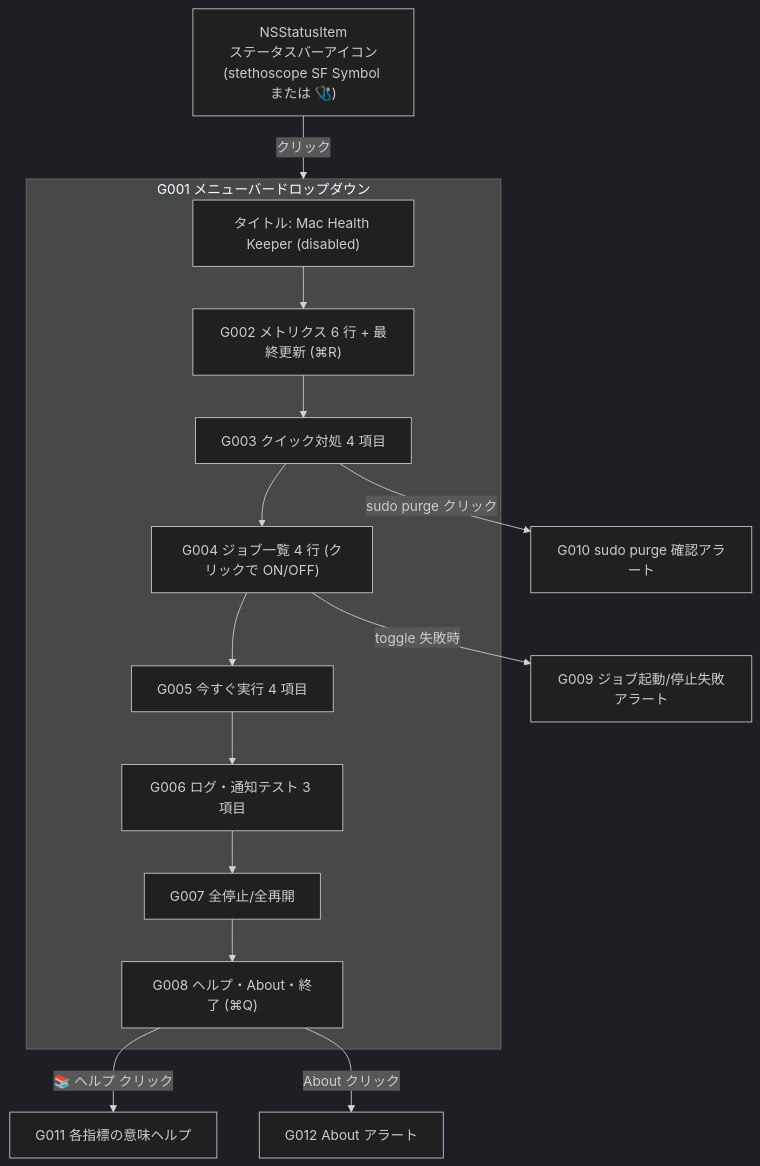
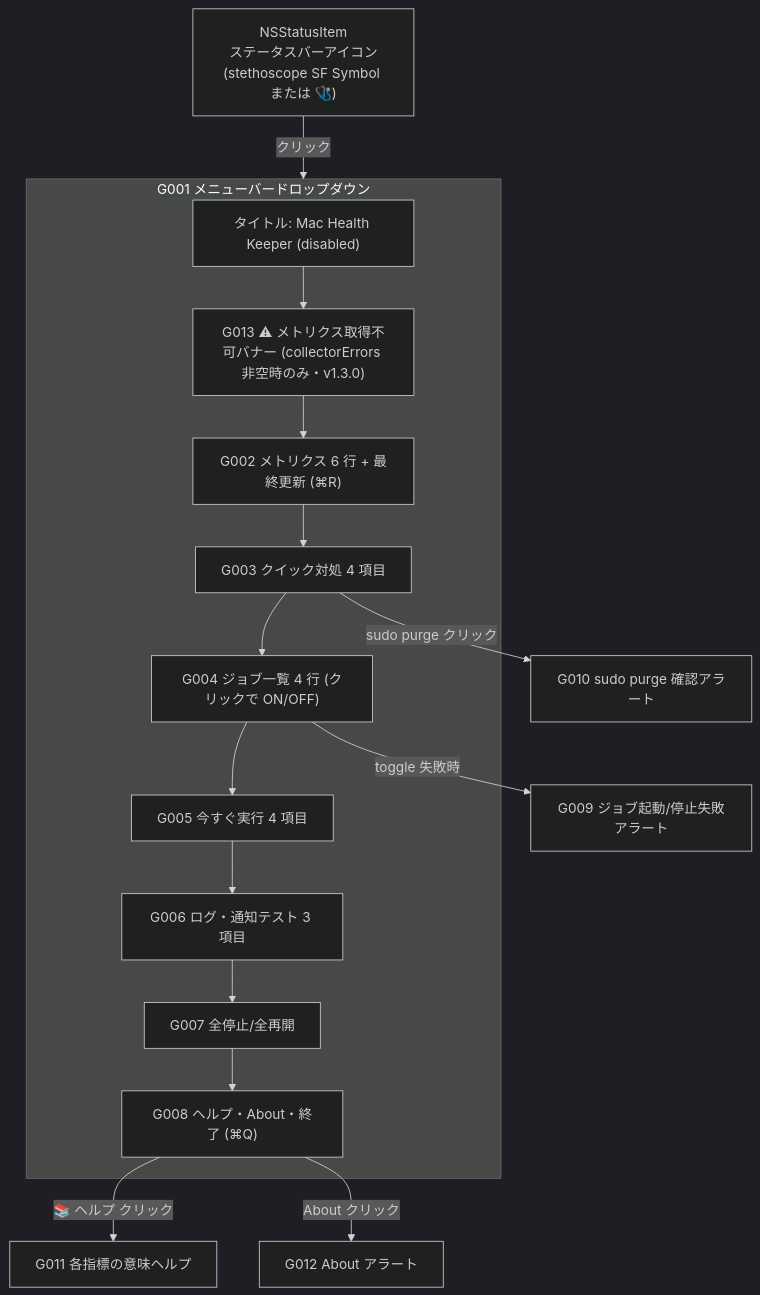
The diagram in docs/02_画面設計/README.md (RUA-PROM/mac-healh-keeper), drawn with Mermaid (dark theme) before and after one commit. The commit also changed other lines of this file and 37 other files, not shown here.

````diff
--- a/docs/02_画面設計/README.md
+++ b/docs/02_画面設計/README.md
@@ -27,27 +27,29 @@
 ```mermaid
 flowchart TD
     Bar["NSStatusItem<br/>ステータスバーアイコン<br/>(stethoscope SF Symbol または 🩺)"]
     Bar -->|"クリック"| Menu
     subgraph Menu["G001 メニューバードロップダウン"]
         Header["タイトル: Mac Health Keeper (disabled)"]
+        ErrorBanner["G013 ⚠ メトリクス取得不可バナー (collectorErrors 非空時のみ・v1.3.0)"]
         Metrics["G002 メトリクス 6 行 + 最終更新 (⌘R)"]
         Quick["G003 クイック対処 4 項目"]
         JobList["G004 ジョブ一覧 4 行 (クリックで ON/OFF)"]
         RunJob["G005 今すぐ実行 4 項目"]
         Logs["G006 ログ・通知テスト 3 項目"]
         Bulk["G007 全停止/全再開"]
         Footer["G008 ヘルプ・About・終了 (⌘Q)"]
     end
-    Header --> Metrics
+    Header --> ErrorBanner
+    ErrorBanner --> Metrics
     Metrics --> Quick
     Quick --> JobList
     JobList --> RunJob
     RunJob --> Logs
     Logs --> Bulk
     Bulk --> Footer
 
     JobList -->|"toggle 失敗時"| AlertJob["G009 ジョブ起動/停止失敗アラート"]
     Quick -->|"sudo purge クリック"| AlertPurge["G010 sudo purge 確認アラート"]
     Footer -->|"📚 ヘルプ クリック"| AlertHelp["G011 各指標の意味ヘルプ"]
     Footer -->|"About クリック"| AlertAbout["G012 About アラート"]
 ```
````
